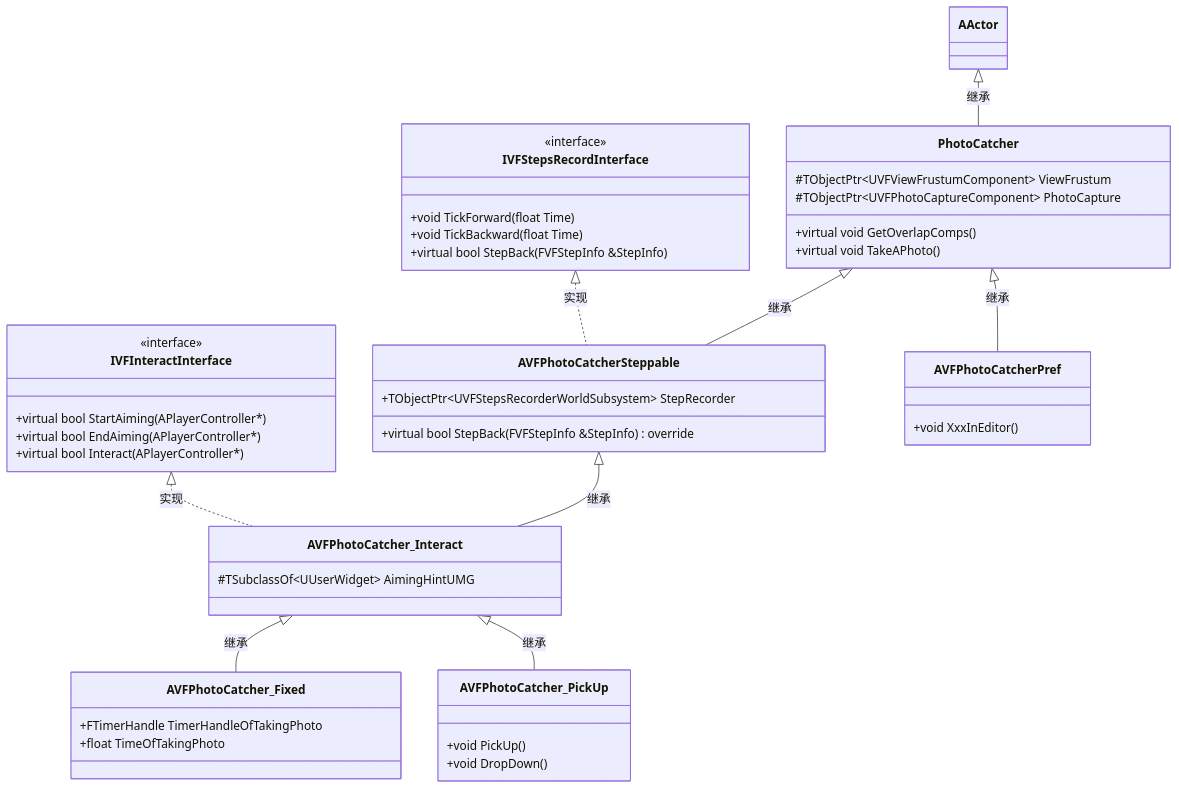
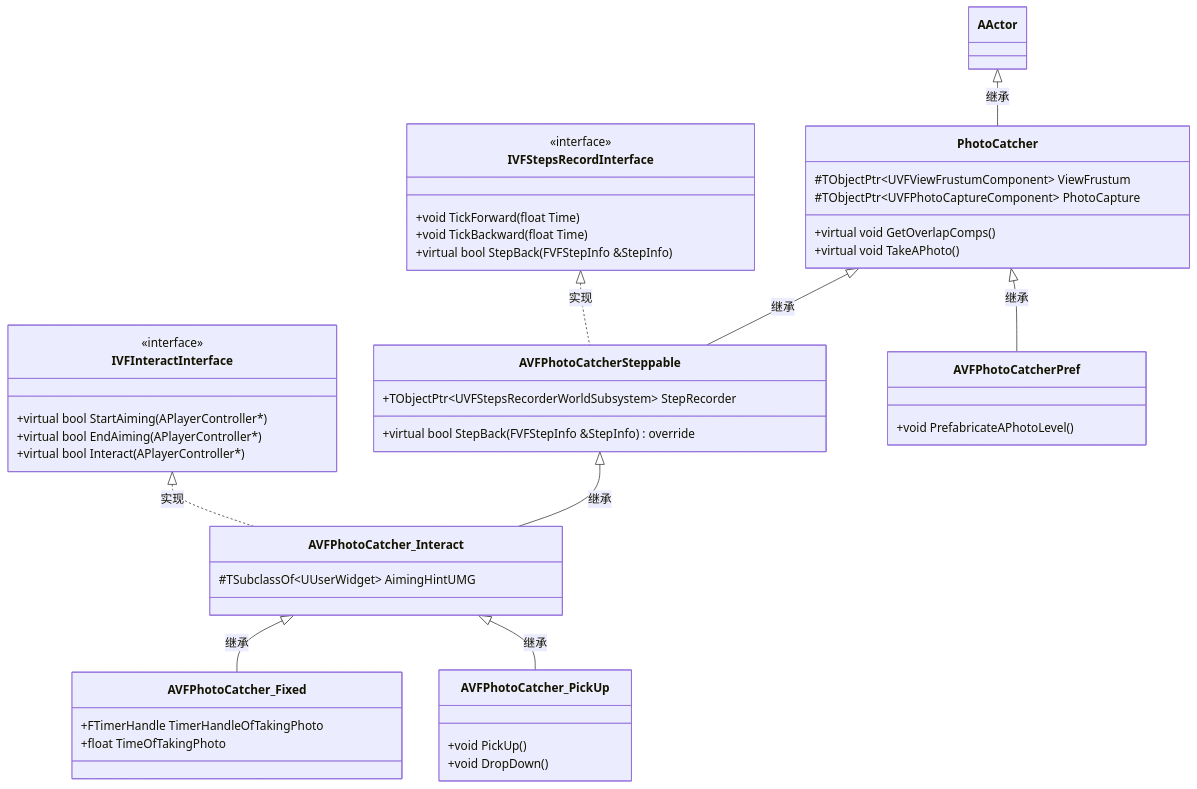
Before and after one commit to StrangeDS/ViewFinderRe: the first of 7 diagrams in README.md, drawn with Mermaid. The commit also changed other lines of this file, not shown here.

````diff
--- a/README.md
+++ b/README.md
@@ -165,57 +174,57 @@
 ```mermaid
 classDiagram
     class PhotoCatcher {
       #TObjectPtr~UVFViewFrustumComponent~ ViewFrustum
       #TObjectPtr~UVFPhotoCaptureComponent~ PhotoCapture
 
       +virtual void GetOverlapComps()
       +virtual void TakeAPhoto()
     }
 
     class IVFStepsRecordInterface {
       <<interface>>
       +void TickForward(float Time)
       +void TickBackward(float Time)
       +virtual bool StepBack(FVFStepInfo &StepInfo)
     }
 
     class AVFPhotoCatcherSteppable {
       +TObjectPtr~UVFStepsRecorderWorldSubsystem~ StepRecorder
 
       +virtual bool StepBack(FVFStepInfo &StepInfo) override
     }
 
     class IVFInteractInterface {
       <<interface>>
       +virtual bool StartAiming(APlayerController*)
       +virtual bool EndAiming(APlayerController*)
       +virtual bool Interact(APlayerController*)
     }
 
     class AVFPhotoCatcher_Interact {
       #TSubclassOf~UUserWidget~ AimingHintUMG
     }
 
     class AVFPhotoCatcher_Fixed {
       +FTimerHandle TimerHandleOfTakingPhoto
       +float TimeOfTakingPhoto
     }
 
     class AVFPhotoCatcher_PickUp {
       +void PickUp()
       +void DropDown()
     }
 
     class AVFPhotoCatcherPref {
-      +void XxxInEditor()
+      +void PrefabricateAPhotoLevel()
     }
 
     AActor <|-- PhotoCatcher: 继承
     PhotoCatcher <|-- AVFPhotoCatcherSteppable: 继承
     IVFStepsRecordInterface <|.. AVFPhotoCatcherSteppable: 实现
     AVFPhotoCatcherSteppable <|-- AVFPhotoCatcher_Interact: 继承
     IVFInteractInterface <|.. AVFPhotoCatcher_Interact: 实现
     AVFPhotoCatcher_Interact <|-- AVFPhotoCatcher_Fixed: 继承
     AVFPhotoCatcher_Interact <|-- AVFPhotoCatcher_PickUp: 继承
     PhotoCatcher <|-- AVFPhotoCatcherPref: 继承
 ```
````
